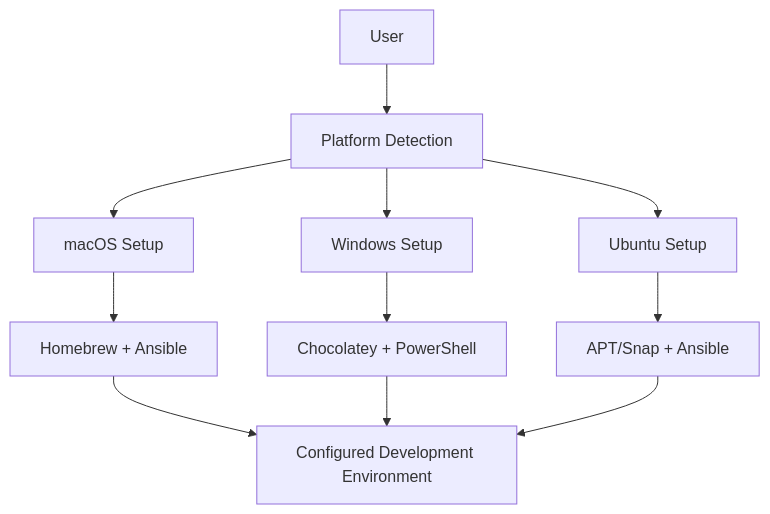
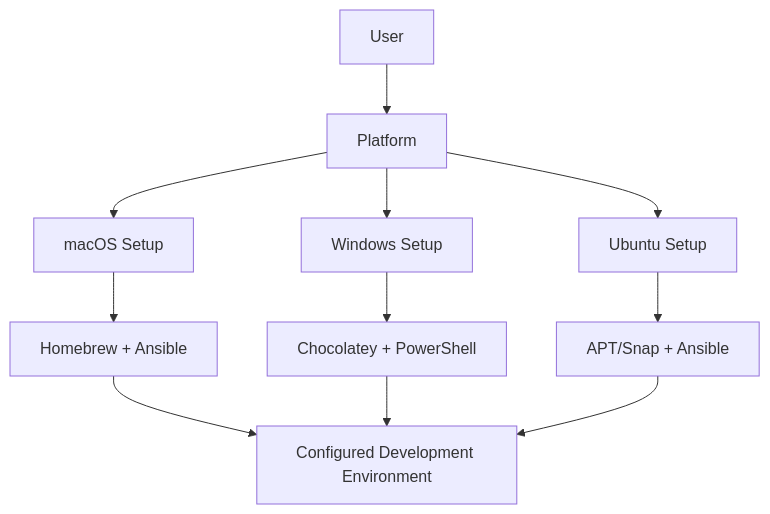
One commit to ryanspletzer/dev-machine-setup changed the first of 9 diagrams in docs/architecture.md. Above: the diagram before and after it, drawn with Mermaid. The commit also changed other lines of this file and 6 other files, not shown here.

````diff
--- a/docs/architecture.md
+++ b/docs/architecture.md
@@ -41,15 +41,15 @@
 ```mermaid
 graph TB
-    A[User] --> B[Platform Detection]
+    A[User] --> B[Platform]
     B --> C[macOS Setup]
     B --> D[Windows Setup]
     B --> E[Ubuntu Setup]
 
     C --> F[Homebrew + Ansible]
     D --> G[Chocolatey + PowerShell]
     E --> H[APT/Snap + Ansible]
 
     F --> I[Configured Development Environment]
     G --> I
     H --> I
 ```
````
